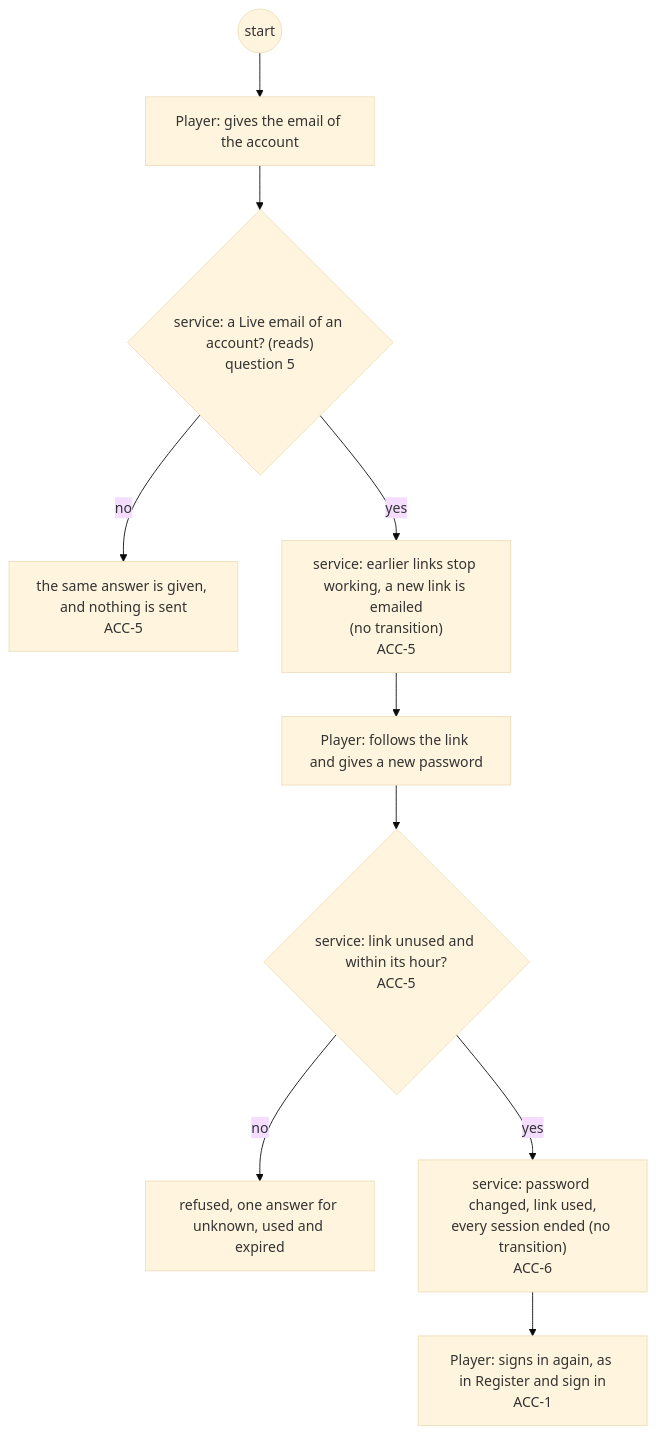
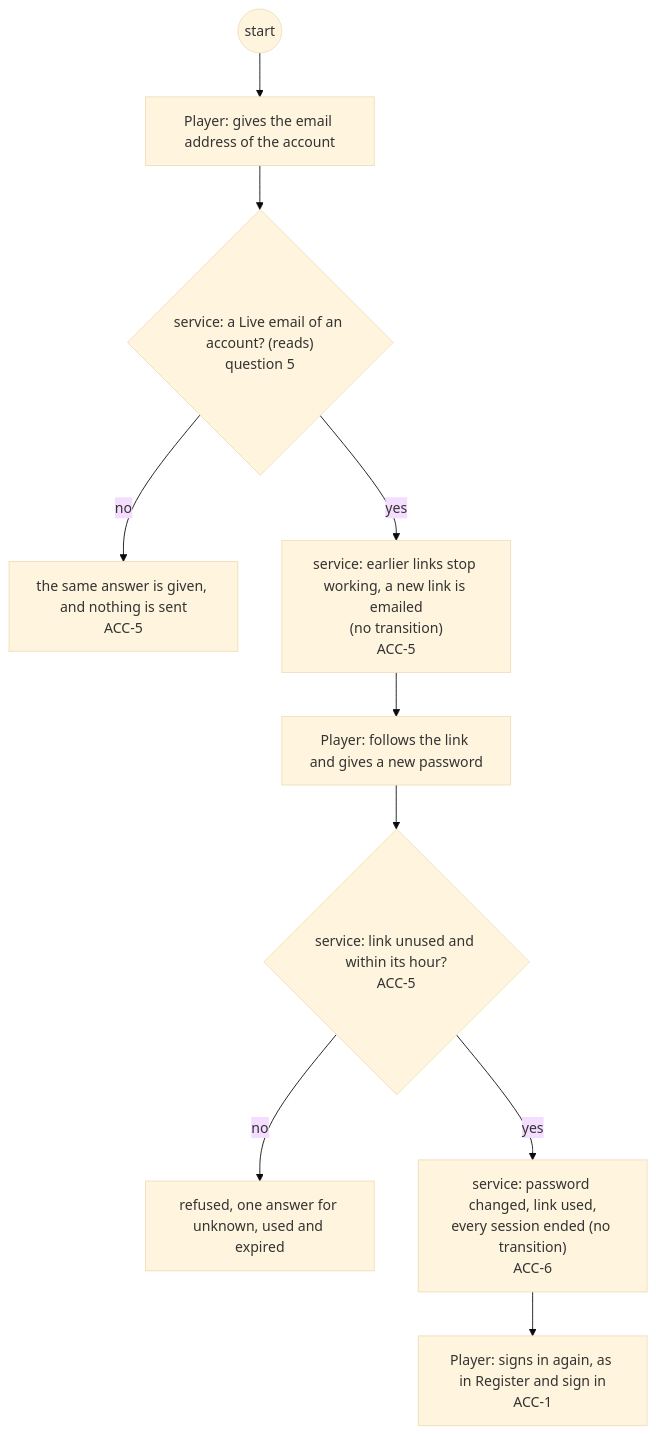
The sixth of 29 diagrams in docs/changes/workstreams/application-game-architecture/71-one-game-model/71-functional.md (delphside/programme), drawn with Mermaid (base theme) before and after one commit. The commit also changed other lines of this file, not shown here.

First line of the commit message:
app 0.9.2 api 2.16: 71: "email address" where "email" could mean the message

````diff
--- a/docs/changes/workstreams/application-game-architecture/71-one-game-model/71-functional.md
+++ b/docs/changes/workstreams/application-game-architecture/71-one-game-model/71-functional.md
@@ -156,12 +156,12 @@
 ```mermaid
 flowchart TD
-  s0((start)) --> p1["Player: gives the email of the account"]
+  s0((start)) --> p1["Player: gives the email address of the account"]
   p1 --> v2{"service: a Live email of an account? (reads)<br/>question 5"}
   v2 -- no --> a1["the same answer is given, and nothing is sent<br/>ACC-5"]
   v2 -- yes --> t1["service: earlier links stop working, a new link is emailed<br/>(no transition)<br/>ACC-5"]
   t1 --> p2["Player: follows the link and gives a new password"]
   p2 --> v3{"service: link unused and within its hour?<br/>ACC-5"}
   v3 -- no --> r2["refused, one answer for unknown, used and expired"]
   v3 -- yes --> t2["service: password changed, link used,<br/>every session ended (no transition)<br/>ACC-6"]
   t2 --> p3["Player: signs in again, as in Register and sign in<br/>ACC-1"]
 ```
````
